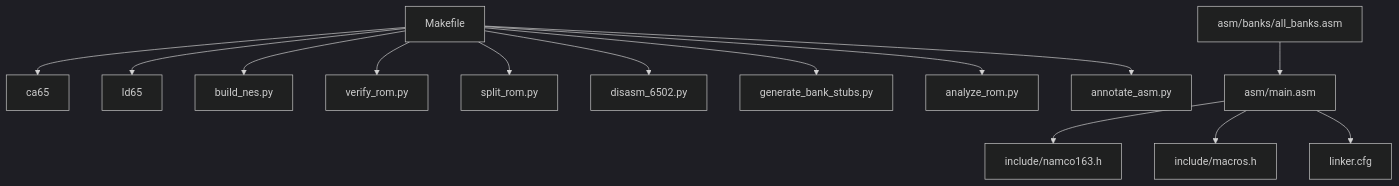
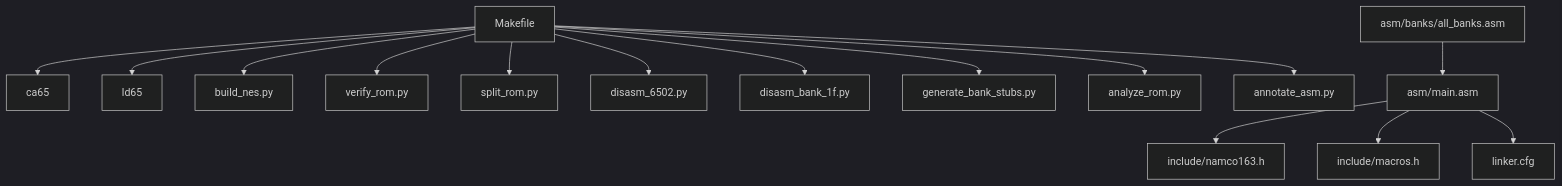
The tenth of 10 diagrams in .qoder/repowiki/en/content/Build System and Tools/Build System and Tools.md (rabbyzero/sango2dasm), drawn with Mermaid (dark theme) before and after one commit. The commit also changed other lines of this file and 26 other files, not shown here.

````diff
--- a/.qoder/repowiki/en/content/Build System and Tools/Build System and Tools.md
+++ b/.qoder/repowiki/en/content/Build System and Tools/Build System and Tools.md
@@ -335,16 +411,17 @@
 ```mermaid
 graph TB
 MK["Makefile"] --> CA["ca65"]
 MK --> LD["ld65"]
 MK --> BN["build_nes.py"]
 MK --> VR["verify_rom.py"]
 MK --> SP["split_rom.py"]
 MK --> DS["disasm_6502.py"]
+MK --> DS1F["disasm_bank_1f.py"]
 MK --> GS["generate_bank_stubs.py"]
 MK --> AZ["analyze_rom.py"]
 MK --> AN["annotate_asm.py"]
 M_main["asm/main.asm"] --> H_namco["include/namco163.h"]
 M_main --> H_macros["include/macros.h"]
 M_main --> L_cfg["linker.cfg"]
 AB["asm/banks/all_banks.asm"] --> M_main
 ```
````
